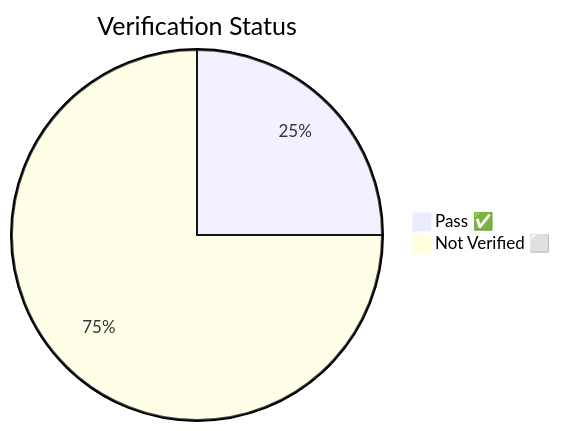
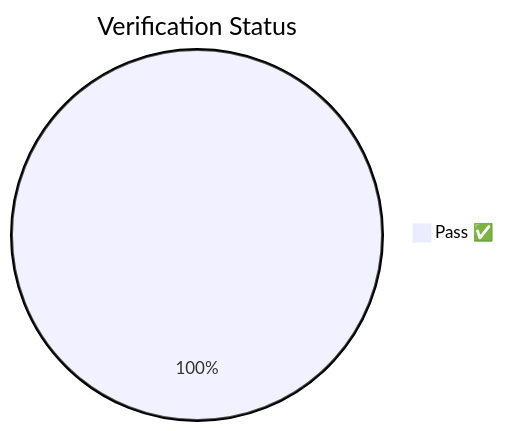
Before and after one commit to martonbence/Detection-Engineering: the first of 3 diagrams in README.md, drawn with Mermaid. The commit also changed other lines of this file and 4 other files, not shown here.

````diff
--- a/README.md
+++ b/README.md
@@ -12,5 +12,4 @@
 ```mermaid
 pie title Verification Status
-    "Pass ✅" : 1
-    "Not Verified ⬜" : 3
+    "Pass ✅" : 4
 ```
````
